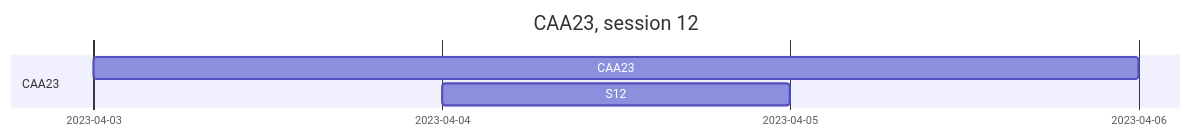
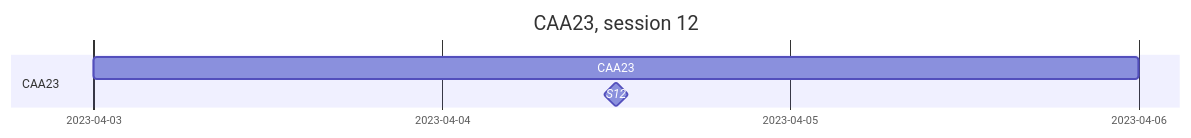
The diagram in README.md (archaeochrono/caa23), drawn with Mermaid before and after one commit.

Commit message:
timeline

````diff
--- a/README.md
+++ b/README.md
@@ -8,10 +8,10 @@
 ```mermaid
 gantt
     title CAA23, session 12
     dateFormat  YYYY-MM-DD
     tickInterval 1day
     excludes    weekends
     section CAA23
     CAA23                    : a0, 2023-04-03, 2023-04-06
-    S12                      : a0, 2023-04-04, 1d
+    S12                      : milestone, m3, 2023-04-04, 1d
 ```
````
